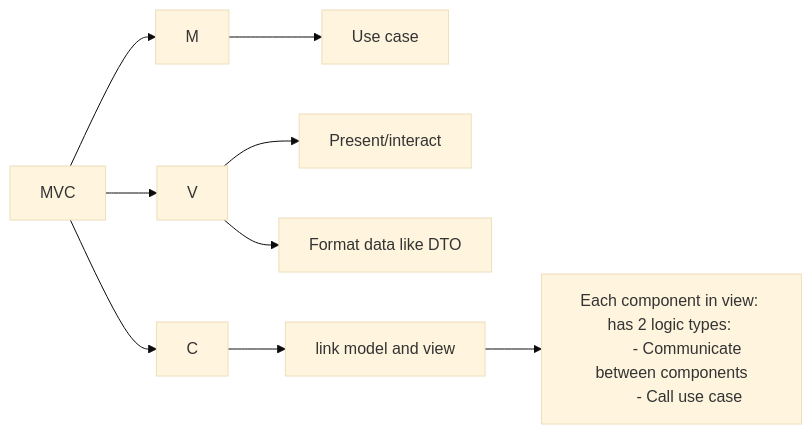
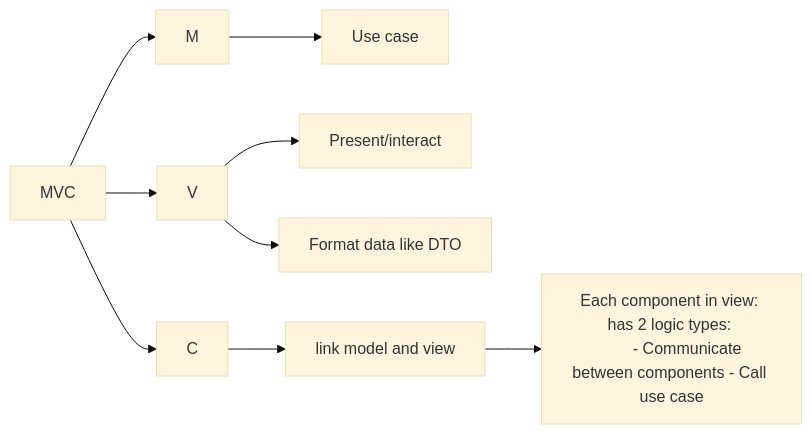
One commit to hazoe-dev/swing changed the diagram in Document/MVCpattern.md. Above: the diagram before and after it, drawn with Mermaid (base theme). The commit also changed other lines of this file and 9 other files, not shown here.

````diff
--- a/Document/MVCpattern.md
+++ b/Document/MVCpattern.md
@@ -48,12 +49,11 @@
 ```mermaid
-graph LR
-MVC -->M -->U[Use case]
-MVC -->V -->P[Present/interact]
+graph LR;
+MVC -->M -->U[Use case];
+MVC -->V -->P[Present/interact];
         L -->D[Each component in view: has 2 logic types: 
-        - Communicate between components
-        - Call use case]
+        - Communicate between components - Call use case];
         
-    V -->F[Format data like DTO]
-MVC -->C -->L[link model and view]
+    V -->F[Format data like DTO];
+MVC -->C -->L[link model and view];
 
 ```  
````
